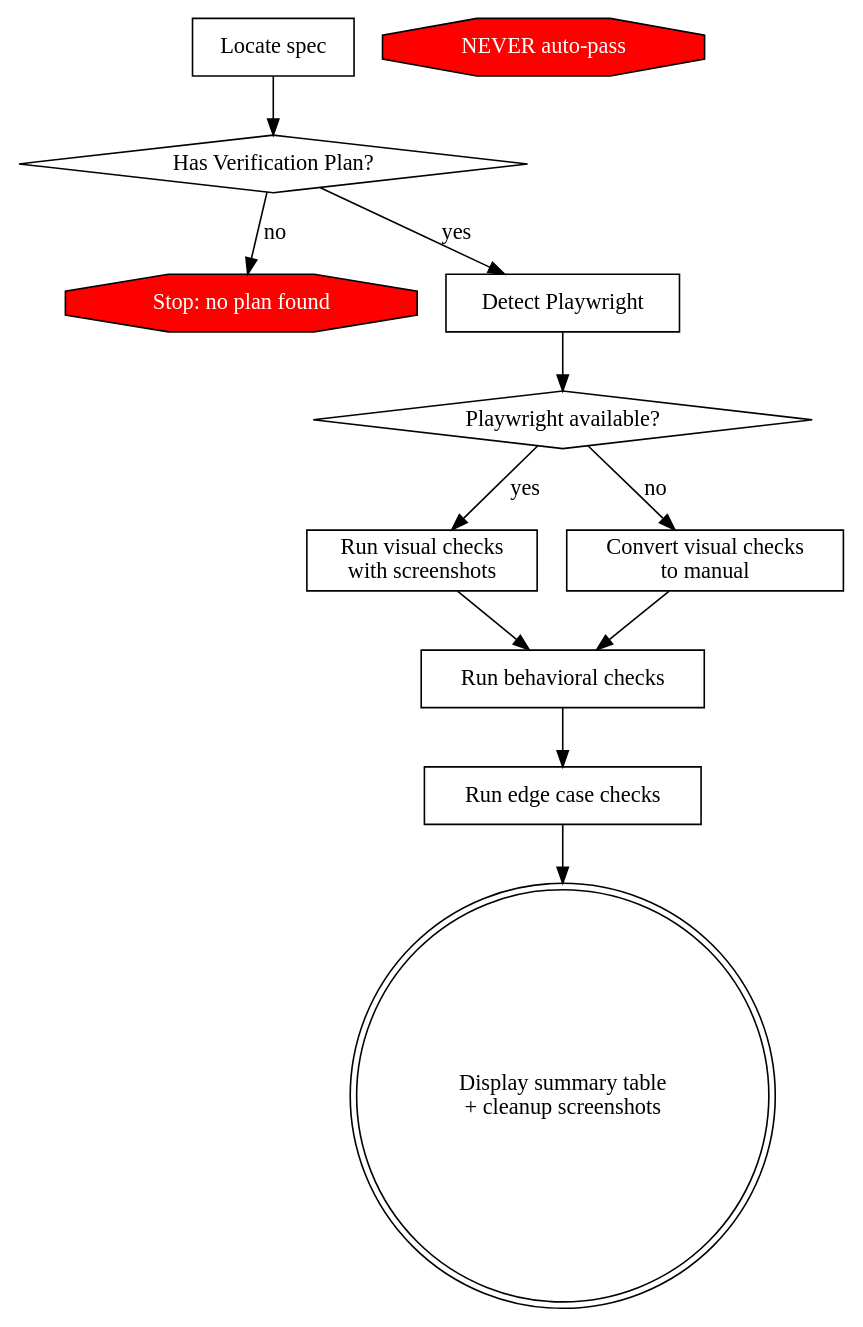
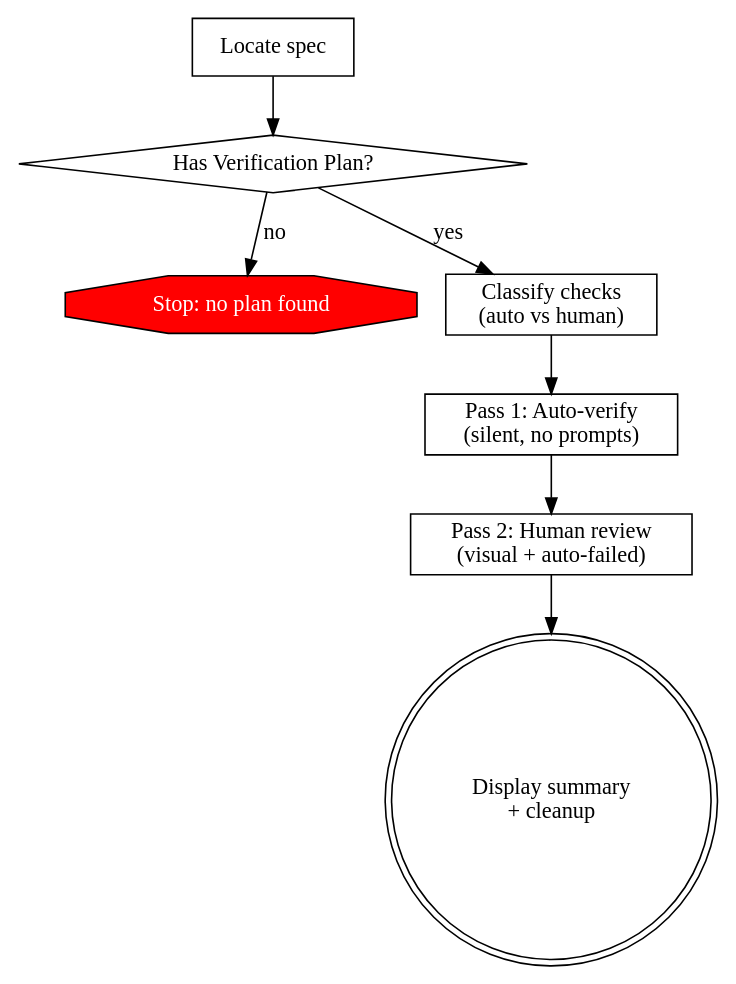
The diagram in skills/verify-spec/SKILL.md (varn0/devflow), drawn with Graphviz before and after one commit. The commit also changed other lines of this file, not shown here.

First line of the commit message:
feat(verify-spec): two-pass verification — auto first, human only where needed

````diff
--- a/skills/verify-spec/SKILL.md
+++ b/skills/verify-spec/SKILL.md
@@ -12,26 +12,18 @@
 ```dot
 digraph verify {
     "Locate spec" [shape=box];
     "Has Verification Plan?" [shape=diamond];
     "Stop: no plan found" [shape=octagon, style=filled, fillcolor=red, fontcolor=white];
-    "Detect Playwright" [shape=box];
-    "Playwright available?" [shape=diamond];
-    "Run visual checks\nwith screenshots" [shape=box];
-    "Convert visual checks\nto manual" [shape=box];
-    "Run behavioral checks" [shape=box];
-    "Run edge case checks" [shape=box];
-    "NEVER auto-pass" [shape=octagon, style=filled, fillcolor=red, fontcolor=white];
-    "Display summary table\n+ cleanup screenshots" [shape=doublecircle];
+    "Classify checks\n(auto vs human)" [shape=box];
+    "Pass 1: Auto-verify\n(silent, no prompts)" [shape=box];
+    "Pass 2: Human review\n(visual + auto-failed)" [shape=box];
+    "Display summary\n+ cleanup" [shape=doublecircle];
 
     "Locate spec" -> "Has Verification Plan?";
     "Has Verification Plan?" -> "Stop: no plan found" [label="no"];
-    "Has Verification Plan?" -> "Detect Playwright" [label="yes"];
-    "Detect Playwright" -> "Playwright available?";
-    "Playwright available?" -> "Run visual checks\nwith screenshots" [label="yes"];
-    "Playwright available?" -> "Convert visual checks\nto manual" [label="no"];
-    "Run visual checks\nwith screenshots" -> "Run behavioral checks";
-    "Convert visual checks\nto manual" -> "Run behavioral checks";
-    "Run behavioral checks" -> "Run edge case checks";
-    "Run edge case checks" -> "Display summary table\n+ cleanup screenshots";
+    "Has Verification Plan?" -> "Classify checks\n(auto vs human)" [label="yes"];
+    "Classify checks\n(auto vs human)" -> "Pass 1: Auto-verify\n(silent, no prompts)";
+    "Pass 1: Auto-verify\n(silent, no prompts)" -> "Pass 2: Human review\n(visual + auto-failed)";
+    "Pass 2: Human review\n(visual + auto-failed)" -> "Display summary\n+ cleanup";
 }
 ```
````
